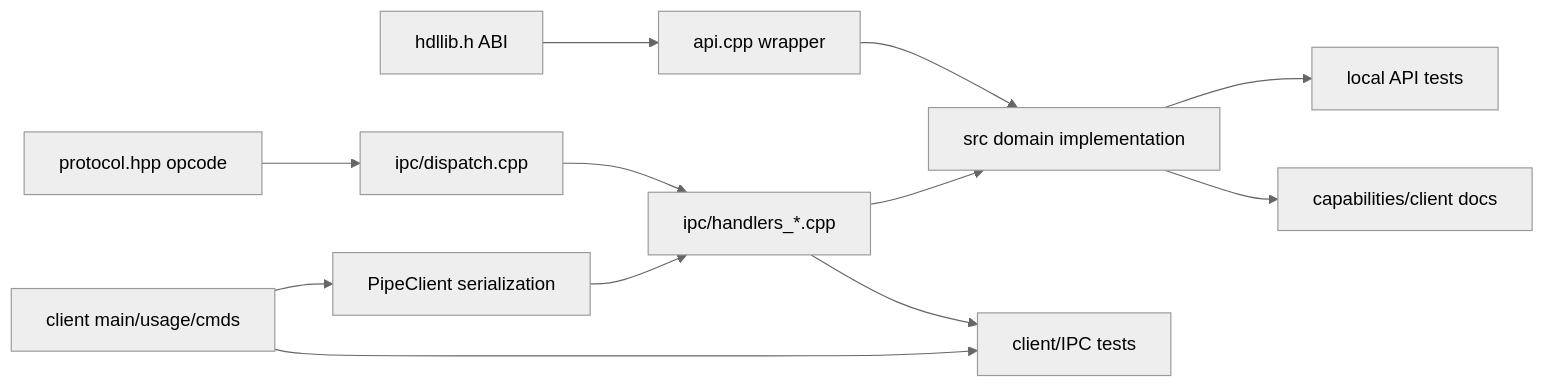
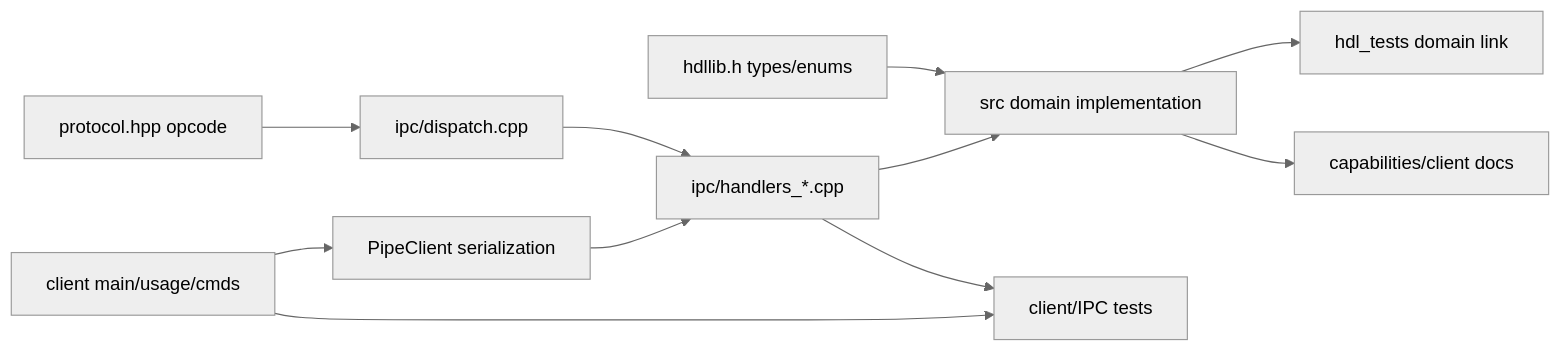
One commit to random-things/hdllib-ng changed the diagram in docs/development.md. Above: the diagram before and after it, drawn with Mermaid (neutral theme). The commit also changed other lines of this file and 26 other files, not shown here.

````diff
--- a/docs/development.md
+++ b/docs/development.md
@@ -50,17 +50,15 @@
 ```mermaid
 flowchart LR
-    ABI["hdllib.h ABI"] --> API["api.cpp wrapper"]
-    API --> Domain["src domain implementation"]
-
+    Types["hdllib.h types/enums"] --> Domain["src domain implementation"]
     Opcode["protocol.hpp opcode"] --> Dispatch["ipc/dispatch.cpp"]
     Dispatch --> Handler["ipc/handlers_*.cpp"]
     Handler --> Domain
 
     Command["client main/usage/cmds"] --> Pipe["PipeClient serialization"]
     Pipe --> Handler
 
-    Domain --> LocalTests["local API tests"]
+    Domain --> LocalTests["hdl_tests domain link"]
     Handler --> LiveTests["client/IPC tests"]
     Command --> LiveTests
     Domain --> Docs["capabilities/client docs"]
 ```
````
